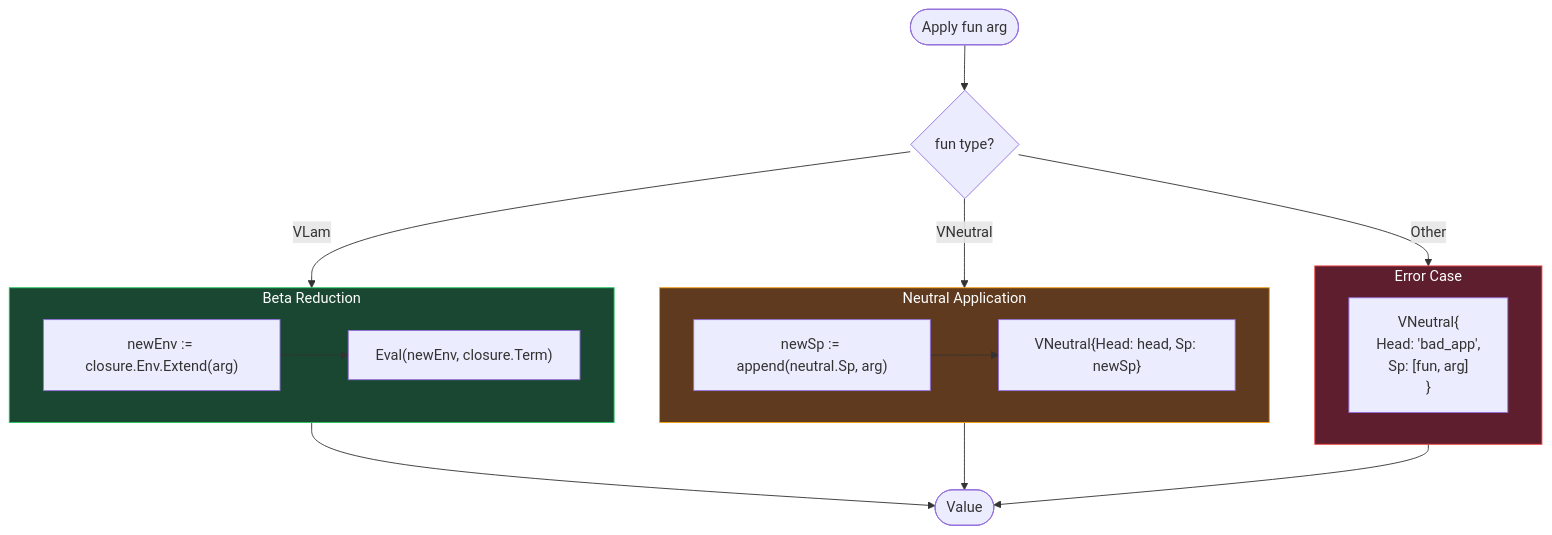
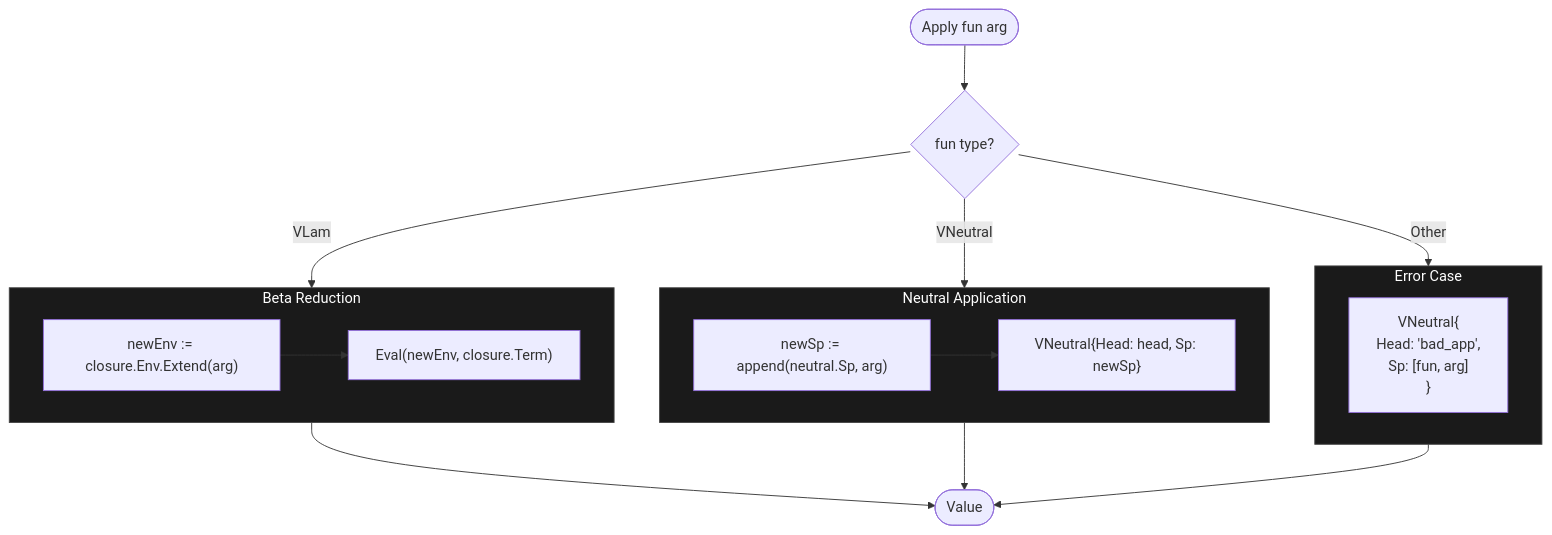
Before and after one commit to watchthelight/HypergraphGo: diagram 11 of 23 in DIAGRAMS.md, drawn with Mermaid. The commit also changed other lines of this file, not shown here.

First line of the commit message:
docs(diagrams): use uniform dark color scheme

````diff
--- a/DIAGRAMS.md
+++ b/DIAGRAMS.md
@@ -965,32 +965,32 @@
 ```mermaid
 flowchart TB
     Start([Apply fun arg]) --> FunType{fun type?}
 
     FunType -->|VLam| BetaReduce
     FunType -->|VNeutral| ExtendSpine
     FunType -->|Other| BadApp
 
     subgraph BetaReduce["Beta Reduction"]
         BR1["newEnv := closure.Env.Extend(arg)"]
         BR2["Eval(newEnv, closure.Term)"]
         BR1 --> BR2
     end
 
     subgraph ExtendSpine["Neutral Application"]
         ES1["newSp := append(neutral.Sp, arg)"]
         ES2["VNeutral{Head: head, Sp: newSp}"]
         ES1 --> ES2
     end
 
     subgraph BadApp["Error Case"]
         BA1["VNeutral{<br/>  Head: 'bad_app',<br/>  Sp: [fun, arg]<br/>}"]
     end
 
     BetaReduce --> Result([Value])
     ExtendSpine --> Result
     BadApp --> Result
 
-    style BetaReduce fill:#1a4731,stroke:#22c55e,color:#fff
-    style ExtendSpine fill:#5f3a1e,stroke:#f59e0b,color:#fff
-    style BadApp fill:#5f1e2e,stroke:#ef4444,color:#fff
+    style BetaReduce fill:#1a1a1a,stroke:#444,color:#fff
+    style ExtendSpine fill:#1a1a1a,stroke:#444,color:#fff
+    style BadApp fill:#1a1a1a,stroke:#444,color:#fff
 ```
````
